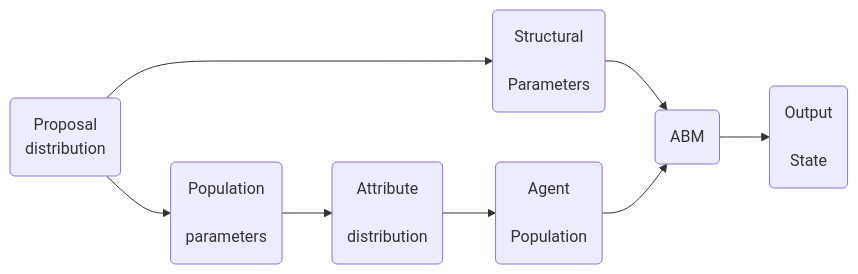
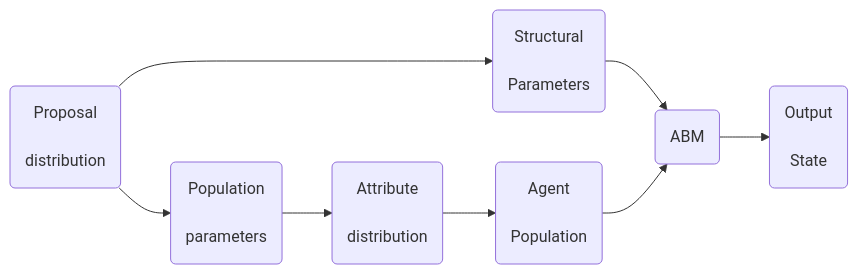
One commit to nb8g13/nb8g13.github.io changed the second of 2 diagrams in _posts/2024-07-22-population-synthesis.markdown. Above: the diagram before and after it, drawn with Mermaid.

````diff
--- a/_posts/2024-07-22-population-synthesis.markdown
+++ b/_posts/2024-07-22-population-synthesis.markdown
@@ -53,23 +53,23 @@
 ```mermaid
 graph LR
-    prop("`Proposal 
-    distribution`")
+    prop("Proposal <br>
+    distribution")
     param("Population <br>
     parameters")
-    attr(Attribute <br>
-    distribution)
-    struct(Structural <br>
-    Parameters)
-    pop(Agent <br>
-    Population)
-    sim(ABM)
-    state(Output <br>
-    State)
+    attr("Attribute <br>
+    distribution")
+    struct("Structural <br>
+    Parameters")
+    pop("Agent <br>
+    Population")
+    sim("ABM")
+    state("Output <br>
+    State")
 
     prop --> param & struct
     param --> attr
     attr --> pop
     struct & pop --> sim
     sim --> state
 
 ```
````
